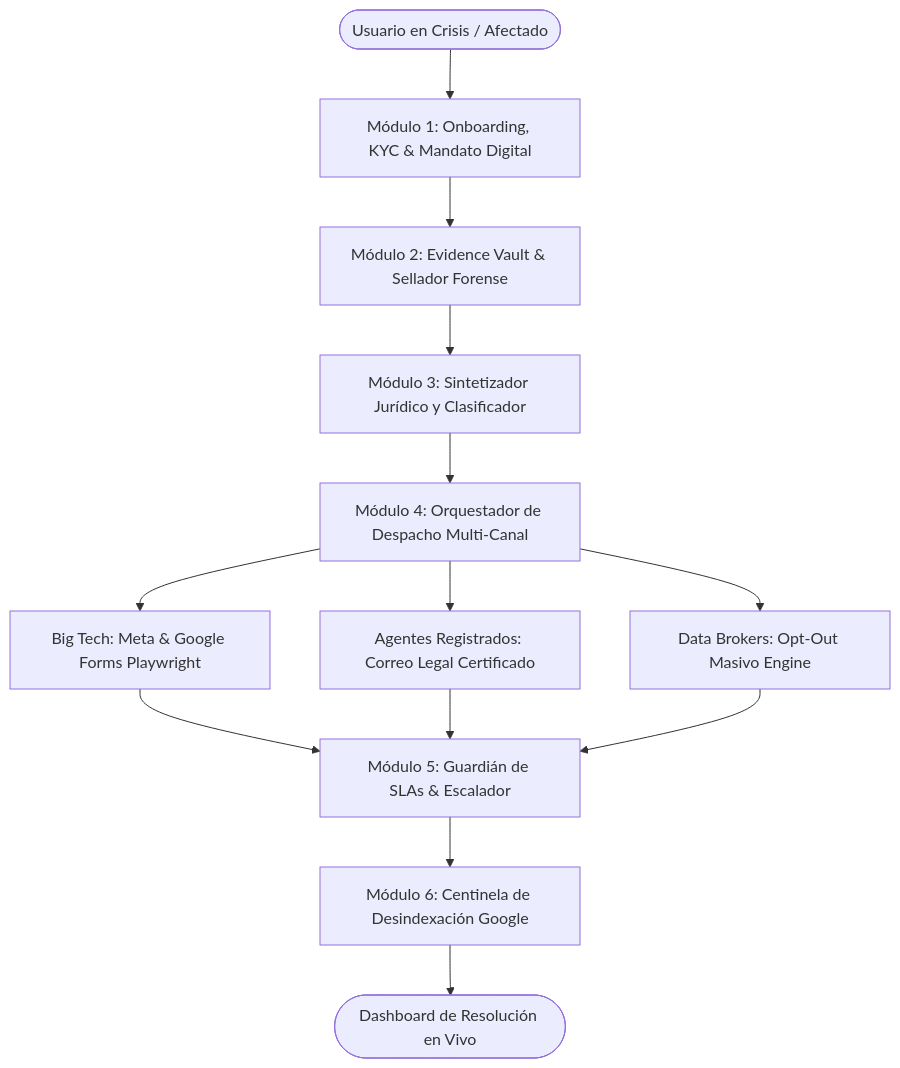
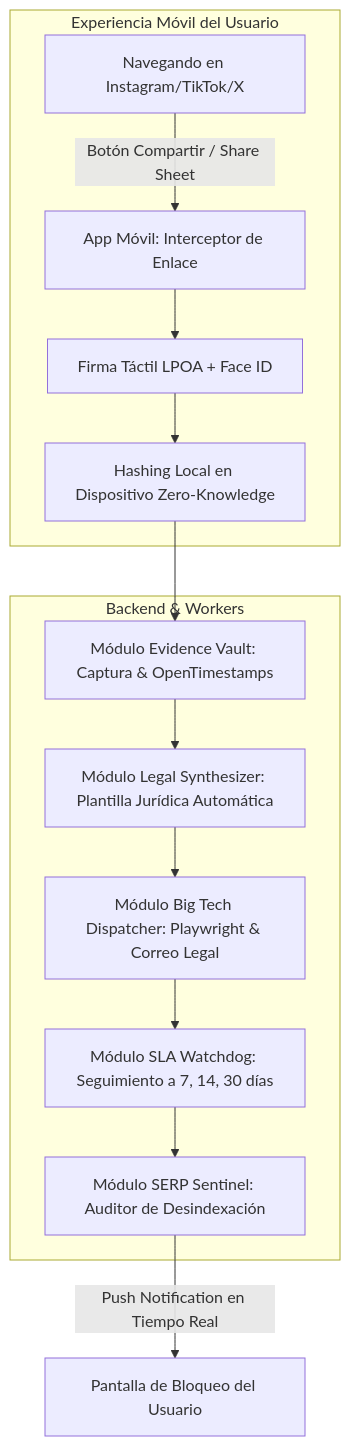
Before and after one commit to Hackaton-FEE/documentation: the fourth of 4 diagrams in concepto-central-plataforma.md, drawn with Mermaid. The commit also changed other lines of this file and 1 other file, not shown here.

Commit message:
docs: ajustar concepto central hacia una aplicacion movil nativa (Share Sheet, biometria y computo local)

````diff
--- a/concepto-central-plataforma.md
+++ b/concepto-central-plataforma.md
@@ -186,18 +188,18 @@
 ```mermaid
 graph TD
-    User([Usuario en Crisis / Afectado]) --> M1[Módulo 1: Onboarding, KYC & Mandato Digital]
-    M1 --> M2[Módulo 2: Evidence Vault & Sellador Forense]
-    M2 --> M3[Módulo 3: Sintetizador Jurídico y Clasificador]
-    M3 --> M4[Módulo 4: Orquestador de Despacho Multi-Canal]
-    
-    M4 --> D1[Big Tech: Meta & Google Forms Playwright]
-    M4 --> D2[Agentes Registrados: Correo Legal Certificado]
-    M4 --> D3[Data Brokers: Opt-Out Masivo Engine]
+    subgraph Experiencia Móvil del Usuario
+        A[Navegando en Instagram/TikTok/X] -->|Botón Compartir / Share Sheet| B[App Móvil: Interceptor de Enlace]
+        B --> C[Firma Táctil LPOA + Face ID]
+        C --> D[Hashing Local en Dispositivo Zero-Knowledge]
+    end
 
-    D1 --> M5[Módulo 5: Guardián de SLAs & Escalador]
-    D2 --> M5
-    D3 --> M5
+    subgraph Backend & Workers
+        D --> E[Módulo Evidence Vault: Captura & OpenTimestamps]
+        E --> F[Módulo Legal Synthesizer: Plantilla Jurídica Automática]
+        F --> G[Módulo Big Tech Dispatcher: Playwright & Correo Legal]
+        G --> H[Módulo SLA Watchdog: Seguimiento a 7, 14, 30 días]
+        H --> I[Módulo SERP Sentinel: Auditor de Desindexación]
+    end
 
-    M5 --> M6[Módulo 6: Centinela de Desindexación Google]
-    M6 --> UserDashboard([Dashboard de Resolución en Vivo])
+    I -->|Push Notification en Tiempo Real| J[Pantalla de Bloqueo del Usuario]
 ```
````
